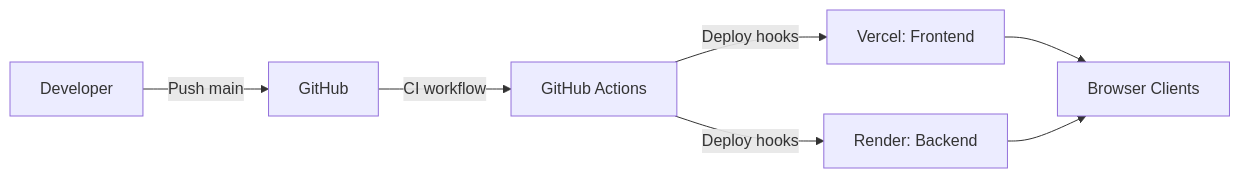
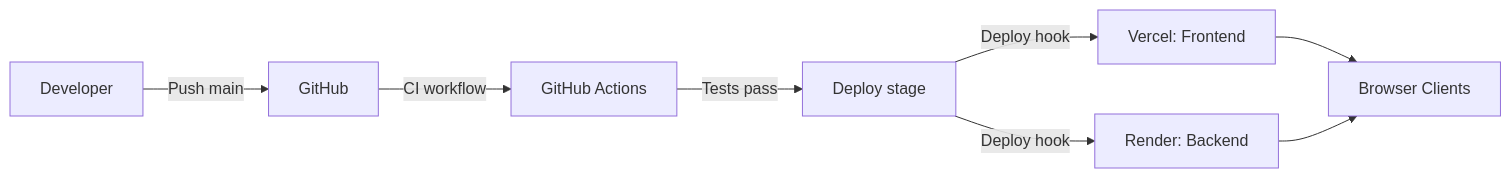
One commit to bartheart/Teleprompt changed the third of 3 diagrams in README.md. Above: the diagram before and after it, drawn with Mermaid. The commit also changed other lines of this file and 2 other files, not shown here.

````diff
--- a/README.md
+++ b/README.md
@@ -57,9 +67,10 @@
 ```mermaid
 flowchart LR
     Dev[Developer] -->|Push main| GH[GitHub]
     GH -->|CI workflow| CI[GitHub Actions]
-    CI -->|Deploy hooks| Render[Render: Backend]
-    CI -->|Deploy hooks| Vercel[Vercel: Frontend]
+    CI -->|Tests pass| Deploy[Deploy stage]
+    Deploy -->|Deploy hook| Render[Render: Backend]
+    Deploy -->|Deploy hook| Vercel[Vercel: Frontend]
     Vercel --> Users[Browser Clients]
     Render --> Users
 ```
````
